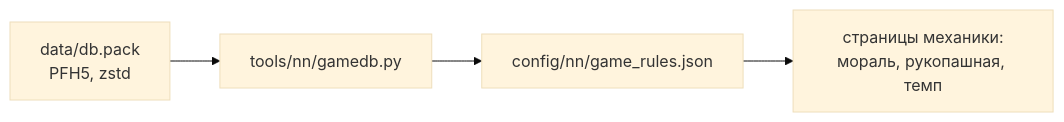
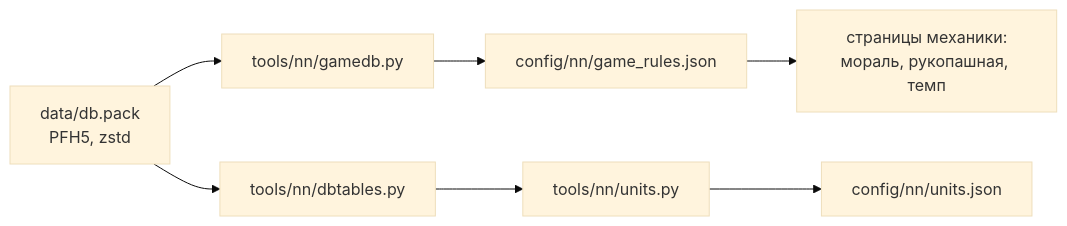
The diagram in docs/ru/game/database.md (DimaZero7/TWW3-batle-ai), drawn with Mermaid (base theme) before and after one commit. The commit also changed other lines of this file and 29 other files, not shown here.

````diff
--- a/docs/ru/game/database.md
+++ b/docs/ru/game/database.md
@@ -30,6 +32,9 @@
 ```mermaid
 flowchart LR
   pack["data/db.pack<br/>PFH5, zstd"] --> gamedb["tools/nn/gamedb.py"]
+  pack --> dbt["tools/nn/dbtables.py"]
+  dbt --> units["tools/nn/units.py"]
   gamedb --> json["config/nn/game_rules.json"]
+  units --> ujson["config/nn/units.json"]
   json --> pages["страницы механики:<br/>мораль, рукопашная, темп"]
 ```
````
